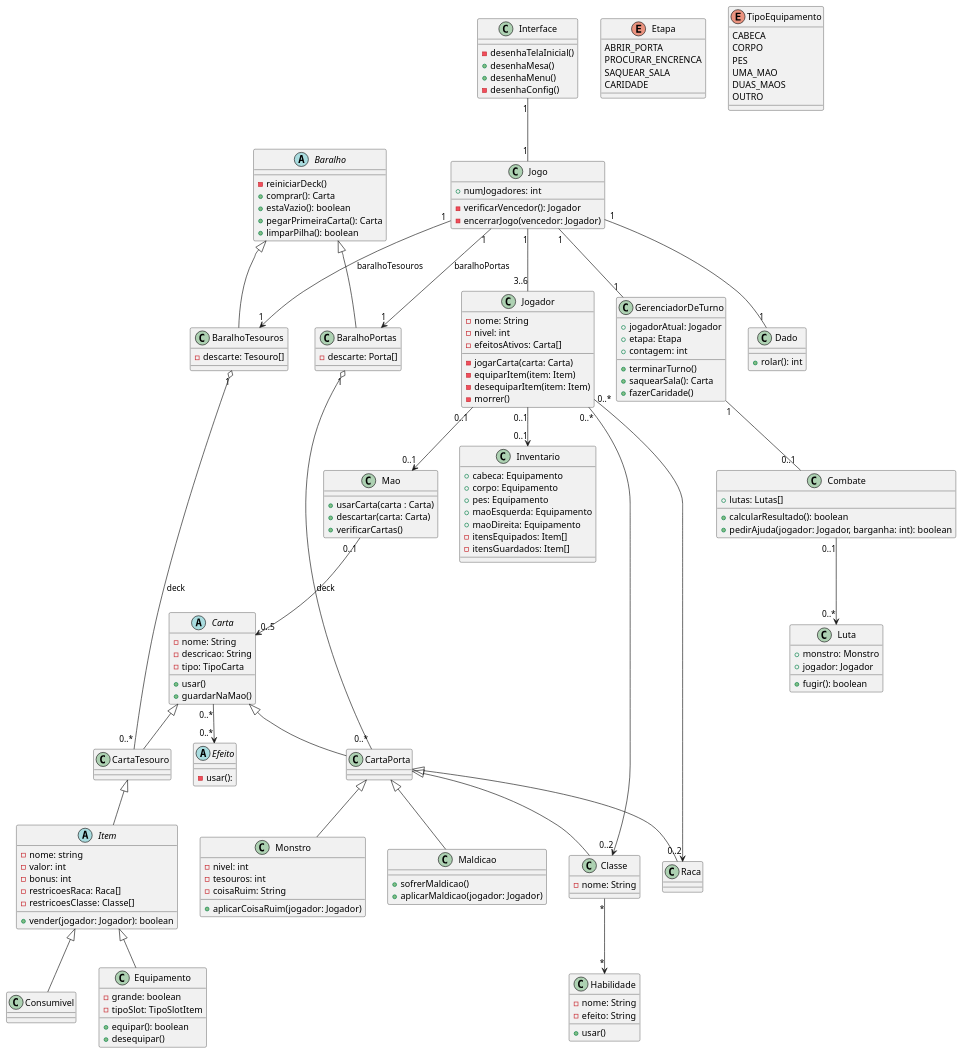
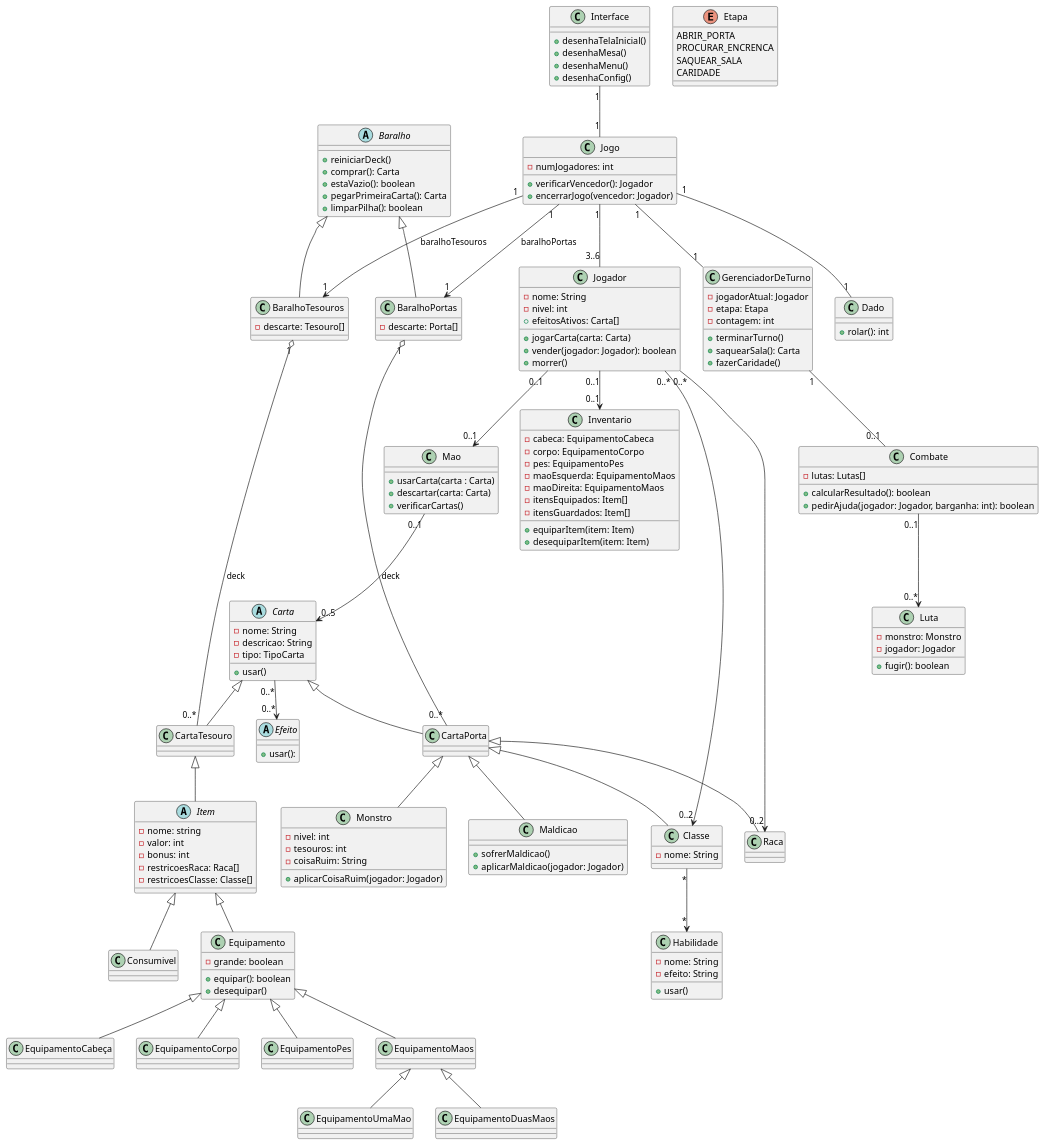
Before and after one commit to sricardov/munchkin-ps: the diagram in src/diagrams/diagrama-de-classes.puml, drawn with PlantUML. The commit also changed 1 other file, not shown here.

Commit message:
refactor: update menu button text and adjust class visibility in UML diagram

```diff
--- a/src/diagrams/diagrama-de-classes.puml
+++ b/src/diagrams/diagrama-de-classes.puml
@@ -1,181 +1,194 @@
 @startuml
 class Interface {
-  - desenhaTelaInicial()
+  + desenhaTelaInicial()
   + desenhaMesa()
   + desenhaMenu()
-  - desenhaConfig()
+  + desenhaConfig()
 }
 
 class Jogo {
-  + numJogadores: int
-  - verificarVencedor(): Jogador
-  - encerrarJogo(vencedor: Jogador)
+  - numJogadores: int
+  + verificarVencedor(): Jogador
+  + encerrarJogo(vencedor: Jogador)
 }
 
 class Dado {
   + rolar(): int
 }
 
 class Jogador {
   - nome: String
   - nivel: int
-  - efeitosAtivos: Carta[]
-  - jogarCarta(carta: Carta)
-  - equiparItem(item: Item)
-  - desequiparItem(item: Item)
-  - morrer()
+  + efeitosAtivos: Carta[]
+  + jogarCarta(carta: Carta)
+  + vender(jogador: Jogador): boolean
+  + morrer()
 }
 
 class GerenciadorDeTurno {
-  + jogadorAtual: Jogador
-  + etapa: Etapa
-  + contagem: int
+  - jogadorAtual: Jogador
+  - etapa: Etapa
+  - contagem: int
   + terminarTurno()
   + saquearSala(): Carta
   + fazerCaridade()
 }
 
 class Mao {
   + usarCarta(carta : Carta)
   + descartar(carta: Carta)
   + verificarCartas()
 }
 
 class Inventario {
-  + cabeca: Equipamento
-  + corpo: Equipamento
-  + pes: Equipamento
-  + maoEsquerda: Equipamento
-  + maoDireita: Equipamento
+  - cabeca: EquipamentoCabeca
+  - corpo: EquipamentoCorpo
+  - pes: EquipamentoPes
+  - maoEsquerda: EquipamentoMaos
+  - maoDireita: EquipamentoMaos
   - itensEquipados: Item[]
   - itensGuardados: Item[]
+  + equiparItem(item: Item)
+  + desequiparItem(item: Item)
 }
 
 class Luta {
-  + monstro: Monstro
-  + jogador: Jogador
+  - monstro: Monstro
+  - jogador: Jogador
   + fugir(): boolean
 }
 
 class Combate {
-  + lutas: Lutas[]
+  - lutas: Lutas[]
   + calcularResultado(): boolean
   + pedirAjuda(jogador: Jogador, barganha: int): boolean
 }
 
 abstract class Efeito {
- - usar():
+ + usar():
 }
 
 enum Etapa {
   ABRIR_PORTA
   PROCURAR_ENCRENCA
   SAQUEAR_SALA
   CARIDADE
 }
 
-enum TipoEquipamento {
-  CABECA
-  CORPO
-  PES
-  UMA_MAO
-  DUAS_MAOS
-  OUTRO
-}
-
 abstract class Carta {
   - nome: String
   - descricao: String
   - tipo: TipoCarta
   + usar()
-  + guardarNaMao()
 }
 
 class Monstro extends CartaPorta {
   - nivel: int
   - tesouros: int
   - coisaRuim: String
   + aplicarCoisaRuim(jogador: Jogador)
 }
 
 class Maldicao extends CartaPorta {
   + sofrerMaldicao()
   + aplicarMaldicao(jogador: Jogador)
 }
 
 abstract class Item extends CartaTesouro {
   - nome: string
   - valor: int
   - bonus: int
   - restricoesRaca: Raca[]
   - restricoesClasse: Classe[]
-  + vender(jogador: Jogador): boolean
 }
 
 class Equipamento extends Item {
   - grande: boolean
-  - tipoSlot: TipoSlotItem
   + equipar(): boolean
   + desequipar()
 }
+
+class EquipamentoCabeça extends Equipamento {
+
+}
+
+class EquipamentoCorpo extends Equipamento {
+
+}
+
+class EquipamentoPes extends Equipamento {
+
+}
+
+class EquipamentoMaos extends Equipamento {
+
+}
+class EquipamentoUmaMao extends EquipamentoMaos {
+
+}
+
+class EquipamentoDuasMaos extends EquipamentoMaos {
+
+}
+
 
 class Consumivel extends Item {
 
 }
 
 abstract class Baralho {
-  - reiniciarDeck()
+  + reiniciarDeck()
   + comprar(): Carta
   + estaVazio(): boolean
   + pegarPrimeiraCarta(): Carta
   + limparPilha(): boolean
 }
 
 class BaralhoPortas extends Baralho {
   - descarte: Porta[]
 }
 
 class BaralhoTesouros extends Baralho {
   - descarte: Tesouro[]
 }
 
 class CartaPorta extends Carta {
 
 }
 
 class CartaTesouro extends Carta {
 
 }
 
 class Raca extends CartaPorta {
 
 }
 
 class Classe extends CartaPorta {
   - nome: String
 }
 
 class Habilidade {
   - nome: String
   - efeito: String
   + usar()
 }
 
 Interface "1" -- "1" Jogo
 Jogo "1" -- "3..6" Jogador
 Jogo "1" -- "1" Dado
 Jogo "1" -- "1" GerenciadorDeTurno
 Jogo "1" --> "1" BaralhoPortas : baralhoPortas
 Jogo "1" --> "1" BaralhoTesouros : baralhoTesouros
 Jogador "0..1" --> "0..1" Mao
 Jogador "0..1" --> "0..1" Inventario
 GerenciadorDeTurno "1" -- "0..1" Combate
 Combate "0..1" --> "0..*" Luta
 Mao "0..1" --> "0..5" Carta
 Carta "0..*" --> "0..*" Efeito
 Jogador "0..*" --> "0..2" Raca
 Jogador "0..*" --> "0..2" Classe
 Classe "*" --> "*" Habilidade
 BaralhoPortas "1" o-- "0..*" CartaPorta : deck
 BaralhoTesouros "1" o-- "0..*" CartaTesouro : deck
 @enduml
```
